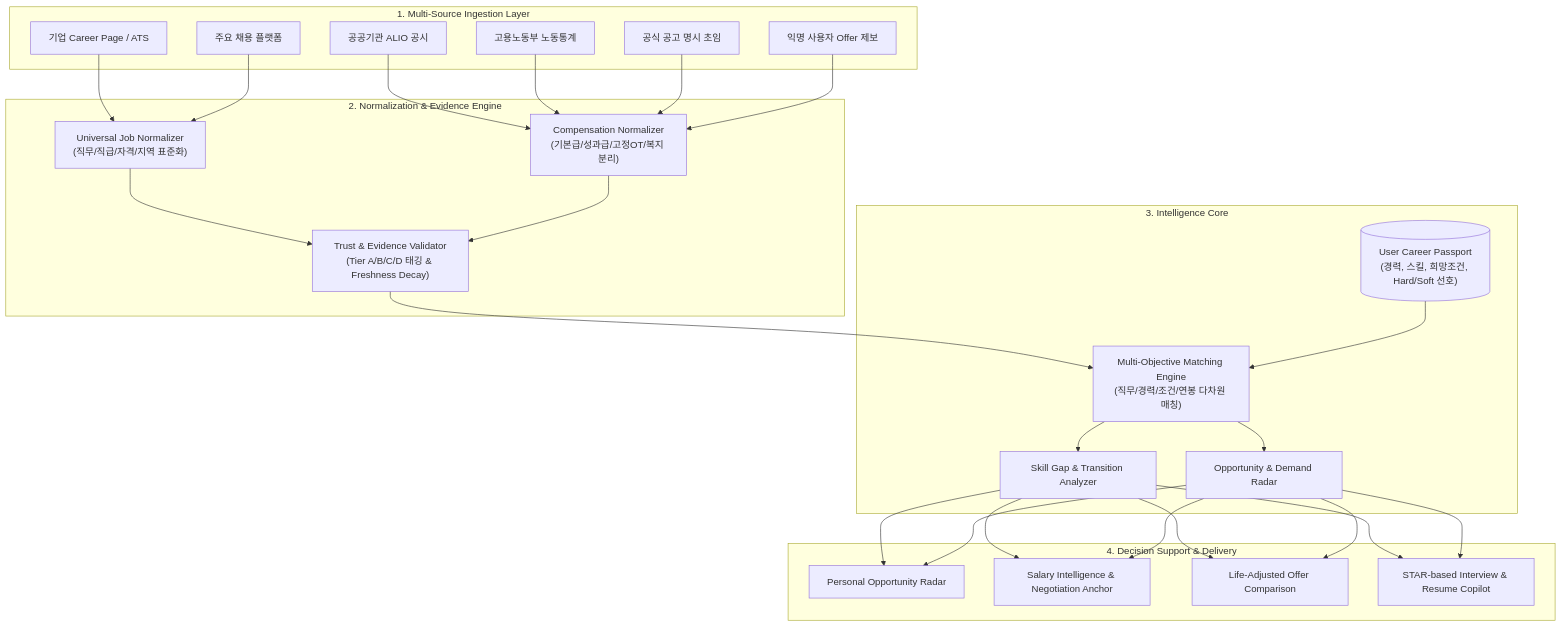
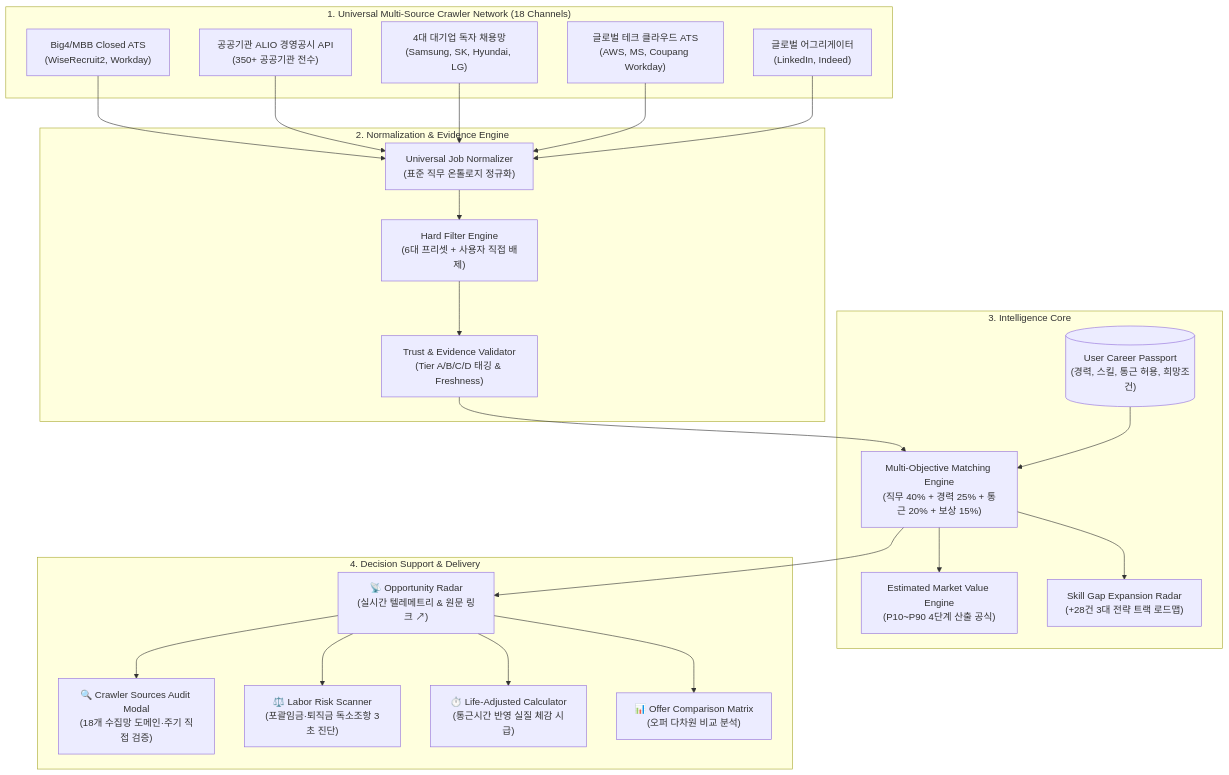
The diagram in README.md (489156/CareerRadarUniversal), drawn with Mermaid before and after one commit. The commit also changed other lines of this file and 4 other files, not shown here.

````diff
--- a/README.md
+++ b/README.md
@@ -44,39 +77,39 @@
 ```mermaid
 flowchart TD
-    subgraph SOURCING ["1. Multi-Source Ingestion Layer"]
-        J1["기업 Career Page / ATS"]
-        J2["주요 채용 플랫폼"]
-        S1["공공기관 ALIO 공시"]
-        S2["고용노동부 노동통계"]
-        S3["공식 공고 명시 초임"]
-        U1["익명 사용자 Offer 제보"]
+    subgraph SOURCING ["1. Universal Multi-Source Crawler Network (18 Channels)"]
+        C1["Big4/MBB Closed ATS<br/>(WiseRecruit2, Workday)"]
+        C2["공공기관 ALIO 경영공시 API<br/>(350+ 공공기관 전수)"]
+        C3["4대 대기업 독자 채용망<br/>(Samsung, SK, Hyundai, LG)"]
+        C4["글로벌 테크 클라우드 ATS<br/>(AWS, MS, Coupang Workday)"]
+        C5["글로벌 어그리게이터<br/>(LinkedIn, Indeed)"]
     end
 
     subgraph PROCESSING ["2. Normalization & Evidence Engine"]
-        NORM["Universal Job Normalizer<br/>(직무/직급/자격/지역 표준화)"]
-        COMP_NORM["Compensation Normalizer<br/>(기본급/성과급/고정OT/복지 분리)"]
-        TRUST["Trust & Evidence Validator<br/>(Tier A/B/C/D 태깅 & Freshness Decay)"]
+        NORM["Universal Job Normalizer<br/>(표준 직무 온톨로지 정규화)"]
+        HF["Hard Filter Engine<br/>(6대 프리셋 + 사용자 직접 배제)"]
+        TRUST["Trust & Evidence Validator<br/>(Tier A/B/C/D 태깅 & Freshness)"]
     end
 
     subgraph CORE ["3. Intelligence Core"]
-        PASSPORT[("User Career Passport<br/>(경력, 스킬, 희망조건, Hard/Soft 선호)")]
-        MATCH["Multi-Objective Matching Engine<br/>(직무/경력/조건/연봉 다차원 매칭)"]
-        GAP["Skill Gap & Transition Analyzer"]
-        RADAR["Opportunity & Demand Radar"]
+        PASSPORT[("User Career Passport<br/>(경력, 스킬, 통근 허용, 희망조건)")]
+        MATCH["Multi-Objective Matching Engine<br/>(직무 40% + 경력 25% + 통근 20% + 보상 15%)"]
+        MARKET["Estimated Market Value Engine<br/>(P10~P90 4단계 산출 공식)"]
+        GAP["Skill Gap Expansion Radar<br/>(+28건 3대 전략 트랙 로드맵)"]
     end
 
     subgraph DELIVERY ["4. Decision Support & Delivery"]
-        UI_RADAR["Personal Opportunity Radar"]
-        UI_SALARY["Salary Intelligence & Negotiation Anchor"]
-        UI_OFFER["Life-Adjusted Offer Comparison"]
-        UI_PREP["STAR-based Interview & Resume Copilot"]
+        UI_RADAR["📡 Opportunity Radar<br/>(실시간 텔레메트리 & 원문 링크 ↗)"]
+        UI_MODAL["🔍 Crawler Sources Audit Modal<br/>(18개 수집망 도메인·주기 직접 검증)"]
+        UI_SCANNER["⚖️ Labor Risk Scanner<br/>(포괄임금·퇴직금 독소조항 3초 진단)"]
+        UI_CALC["⏱️ Life-Adjusted Calculator<br/>(통근시간 반영 실질 체감 시급)"]
+        UI_MATRIX["📊 Offer Comparison Matrix<br/>(오퍼 다차원 비교 분석)"]
     end
 
-    J1 & J2 --> NORM
-    S1 & S2 & S3 & U1 --> COMP_NORM
-    NORM & COMP_NORM --> TRUST
+    C1 & C2 & C3 & C4 & C5 --> NORM
+    NORM --> HF
+    HF --> TRUST
     TRUST --> MATCH
     PASSPORT --> MATCH
-    MATCH --> GAP & RADAR
-    GAP & RADAR --> UI_RADAR & UI_SALARY & UI_OFFER & UI_PREP
+    MATCH --> MARKET & GAP & UI_RADAR
+    UI_RADAR --> UI_MODAL & UI_SCANNER & UI_CALC & UI_MATRIX
 ```
````
